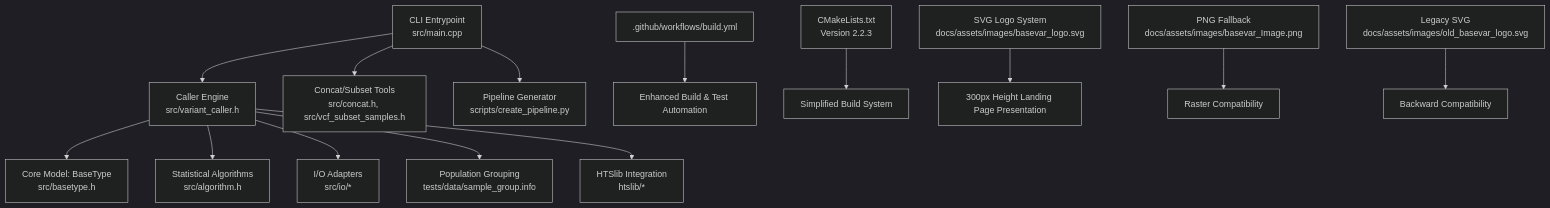
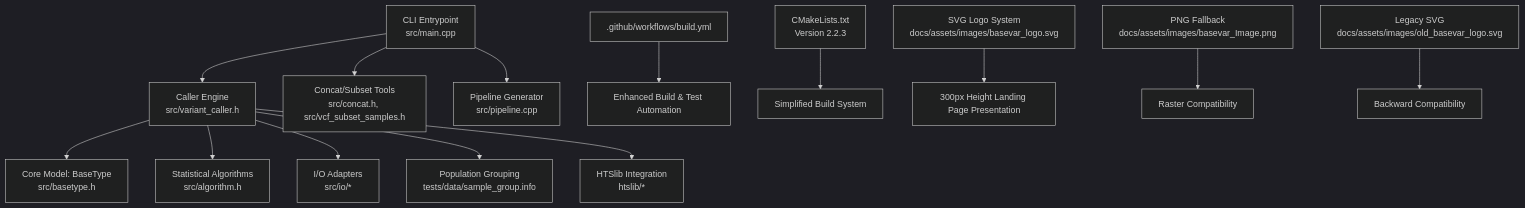
One commit to ShujiaHuang/BaseVar2 changed the first of 7 diagrams in docs/repowiki/en/content/Project Overview/Project Overview.md. Above: the diagram before and after it, drawn with Mermaid (dark theme). The commit also changed other lines of this file and 9 other files, not shown here.

First line of the commit message:
refactor: remove scripts/create_pipeline.py (superseded by basevar pipeline C++ subcommand)

````diff
--- a/docs/repowiki/en/content/Project Overview/Project Overview.md
+++ b/docs/repowiki/en/content/Project Overview/Project Overview.md
@@ -71,16 +70,16 @@
 ```mermaid
 graph TB
 A["CLI Entrypoint<br/>src/main.cpp"] --> B["Caller Engine<br/>src/variant_caller.h"]
 B --> C["Core Model: BaseType<br/>src/basetype.h"]
 B --> D["Statistical Algorithms<br/>src/algorithm.h"]
 B --> E["I/O Adapters<br/>src/io/*"]
 B --> F["Population Grouping<br/>tests/data/sample_group.info"]
 A --> G["Concat/Subset Tools<br/>src/concat.h, src/vcf_subset_samples.h"]
-A --> H["Pipeline Generator<br/>scripts/create_pipeline.py"]
+A --> H["Pipeline Generator<br/>src/pipeline.cpp"]
 B --> I["HTSlib Integration<br/>htslib/*"]
 J[".github/workflows/build.yml"] --> K["Enhanced Build & Test Automation"]
 L["CMakeLists.txt<br/>Version 2.2.3"] --> M["Simplified Build System"]
 N["SVG Logo System<br/>docs/assets/images/basevar_logo.svg"] --> O["300px Height Landing Page Presentation"]
 P["PNG Fallback<br/>docs/assets/images/basevar_Image.png"] --> Q["Raster Compatibility"]
 R["Legacy SVG<br/>docs/assets/images/old_basevar_logo.svg"] --> S["Backward Compatibility"]
 ```
````
